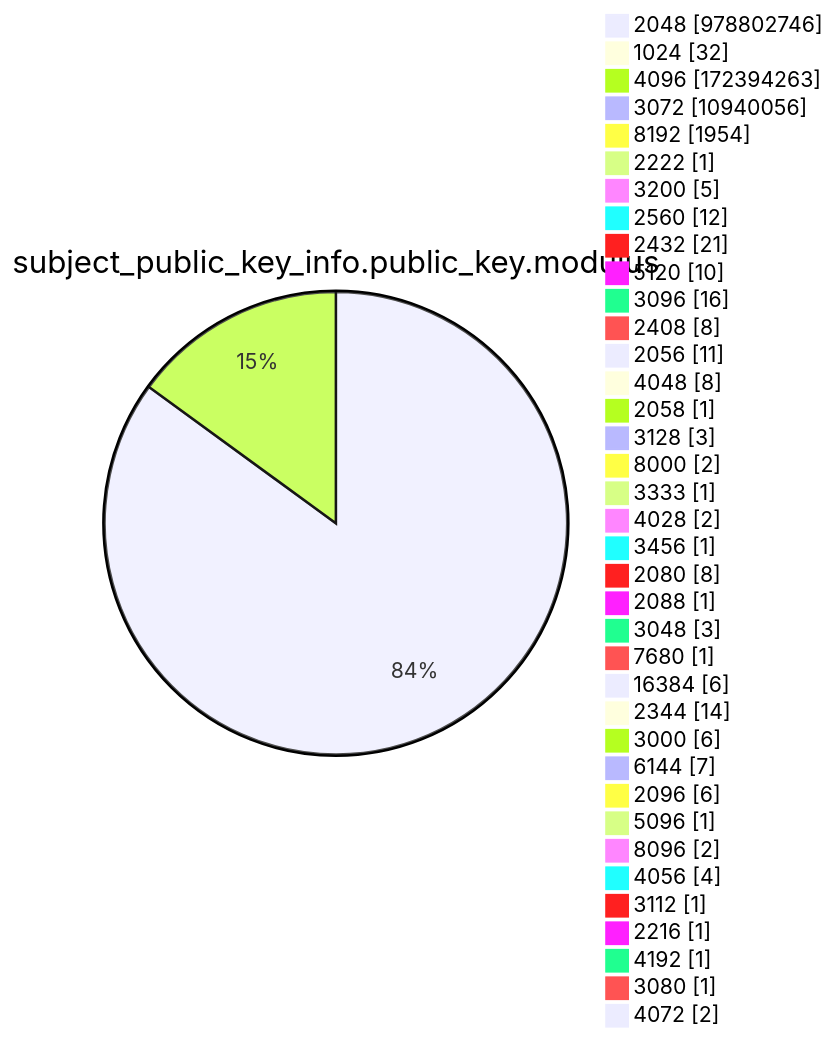
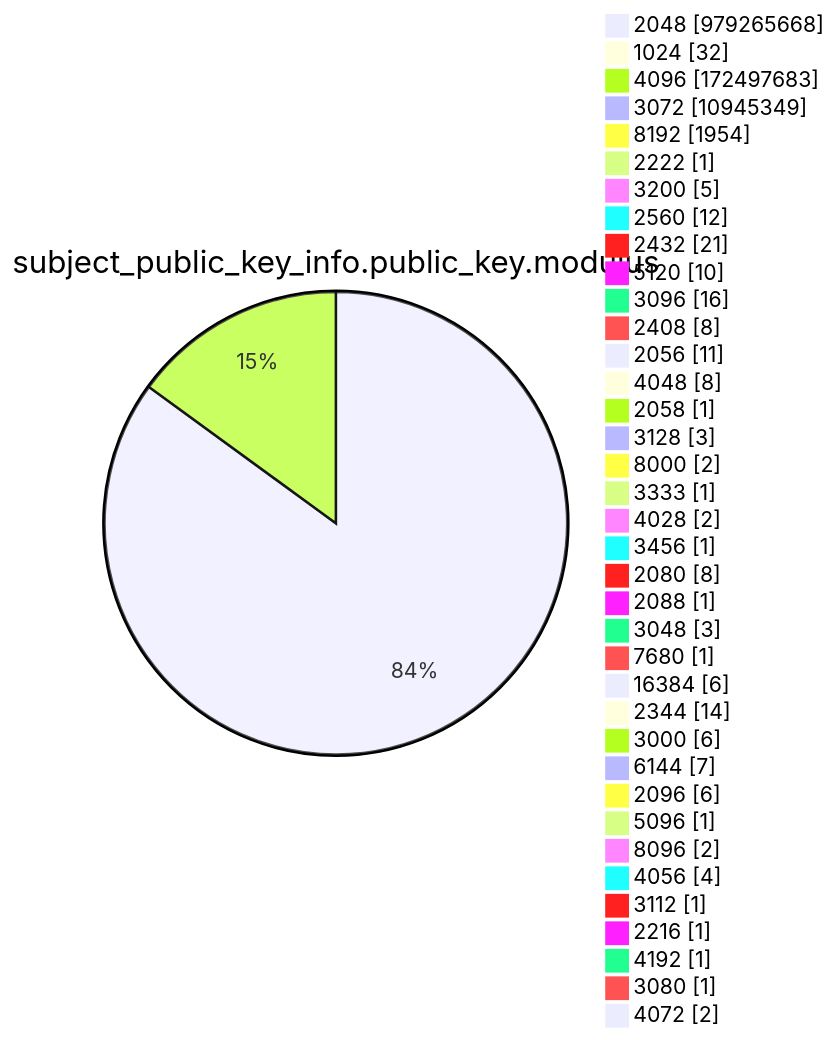
One commit to christiankrug/ctmonitor_visualization changed diagram 13 of 15 in argon2022/README.md. Above: the diagram before and after it, drawn with Mermaid. The commit also changed other lines of this file, not shown here.

````diff
--- a/argon2022/README.md
+++ b/argon2022/README.md
@@ -3587,41 +3587,41 @@
 ```mermaid
 pie showData
 title subject_public_key_info.public_key.modulus
-"2048" :978802746
+"2048" :979265668
 "1024" :32
-"4096" :172394263
-"3072" :10940056
+"4096" :172497683
+"3072" :10945349
 "8192" :1954
 "2222" :1
 "3200" :5
 "2560" :12
 "2432" :21
 "5120" :10
 "3096" :16
 "2408" :8
 "2056" :11
 "4048" :8
 "2058" :1
 "3128" :3
 "8000" :2
 "3333" :1
 "4028" :2
 "3456" :1
 "2080" :8
 "2088" :1
 "3048" :3
 "7680" :1
 "16384" :6
 "2344" :14
 "3000" :6
 "6144" :7
 "2096" :6
 "5096" :1
 "8096" :2
 "4056" :4
 "3112" :1
 "2216" :1
 "4192" :1
 "3080" :1
 "4072" :2
 ```
````
